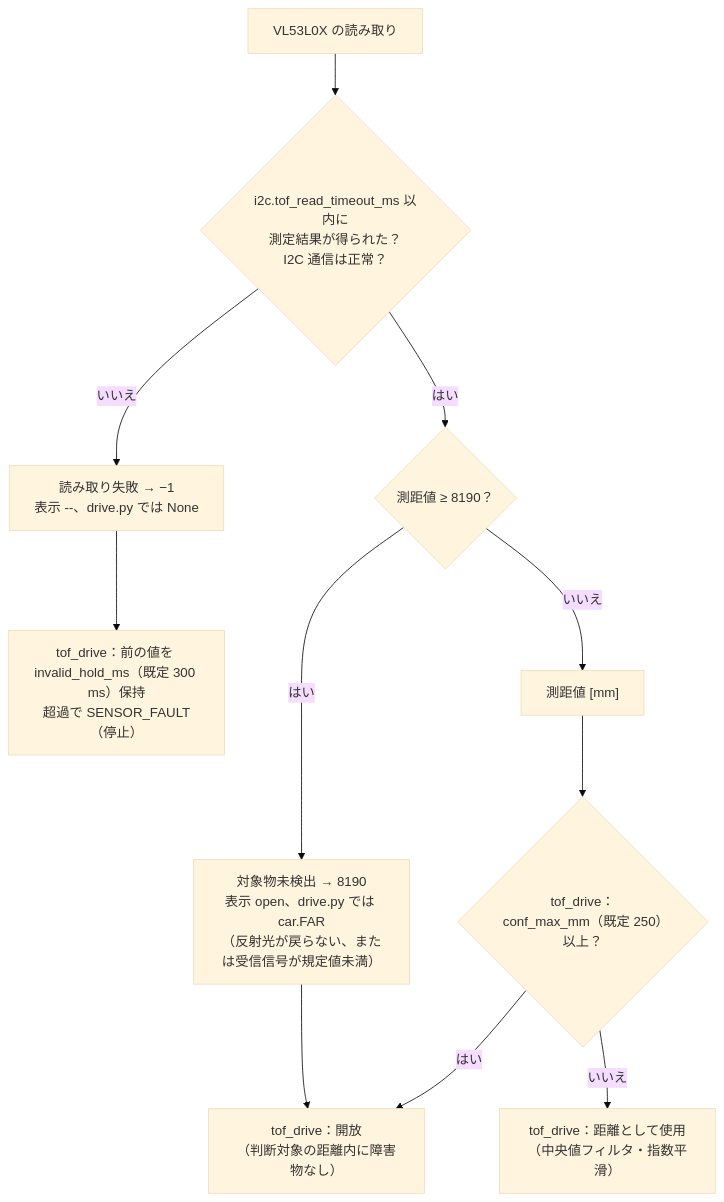
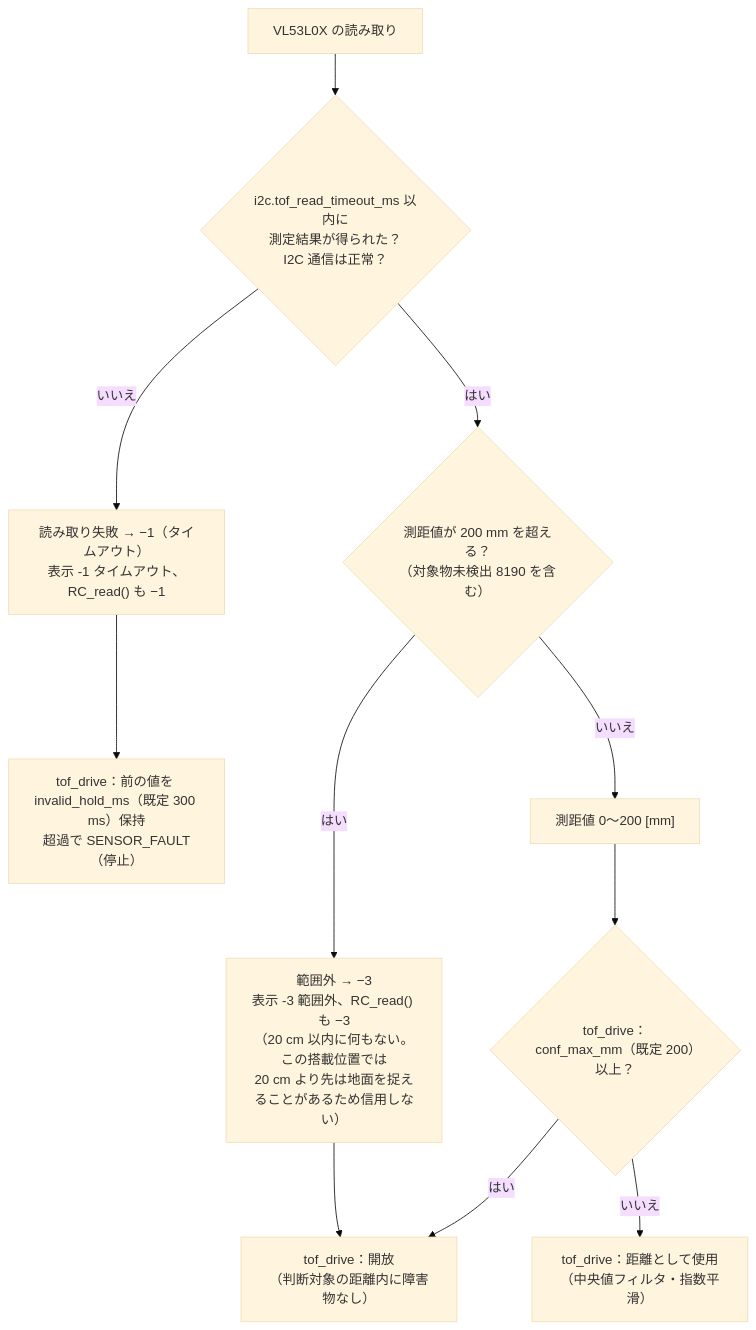
The diagram in docs/figures/ja/03-tof-reading.mmd (RumiCar-group/RumiCar-Zero2Cam), drawn with Mermaid (base theme) before and after one commit. The commit also changed 64 other files, not shown here.

```diff
--- a/docs/figures/ja/03-tof-reading.mmd
+++ b/docs/figures/ja/03-tof-reading.mmd
@@ -1,11 +1,11 @@
 flowchart TD
     R["VL53L0X の読み取り"] --> Q{"i2c.tof_read_timeout_ms 以内に<br/>測定結果が得られた？<br/>I2C 通信は正常？"}
-    Q -->|"いいえ"| F["読み取り失敗 → −1<br/>表示 --、drive.py では None"]
-    Q -->|"はい"| V{"測距値 ≥ 8190？"}
-    V -->|"はい"| O["対象物未検出 → 8190<br/>表示 open、drive.py では car.FAR<br/>（反射光が戻らない、または受信信号が規定値未満）"]
-    V -->|"いいえ"| D["測距値 [mm]"]
-    D --> T{"tof_drive：<br/>conf_max_mm（既定 250）以上？"}
+    Q -->|"いいえ"| F["読み取り失敗 → −1（タイムアウト）<br/>表示 -1 タイムアウト、RC_read() も −1"]
+    Q -->|"はい"| V{"測距値が 200 mm を超える？<br/>（対象物未検出 8190 を含む）"}
+    V -->|"はい"| O["範囲外 → −3<br/>表示 -3 範囲外、RC_read() も −3<br/>（20 cm 以内に何もない。この搭載位置では<br/>20 cm より先は地面を捉えることがあるため信用しない）"]
+    V -->|"いいえ"| D["測距値 0〜200 [mm]"]
+    D --> T{"tof_drive：<br/>conf_max_mm（既定 200）以上？"}
     T -->|"はい"| OPEN["tof_drive：開放<br/>（判断対象の距離内に障害物なし）"]
     O --> OPEN
     T -->|"いいえ"| USE["tof_drive：距離として使用<br/>（中央値フィルタ・指数平滑）"]
     F --> HOLD["tof_drive：前の値を invalid_hold_ms（既定 300 ms）保持<br/>超過で SENSOR_FAULT（停止）"]
```
